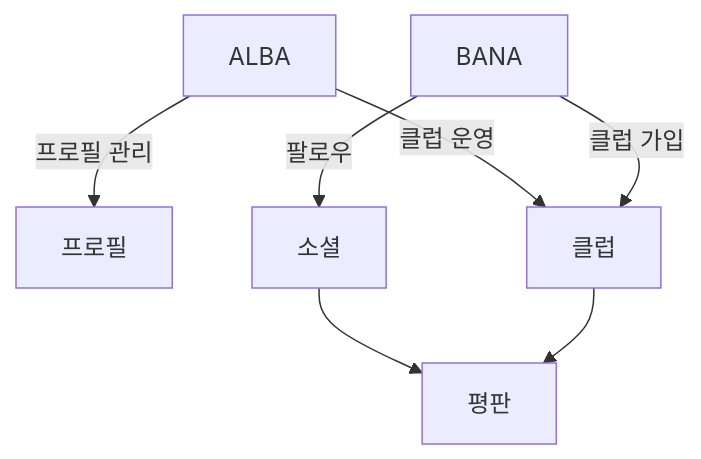
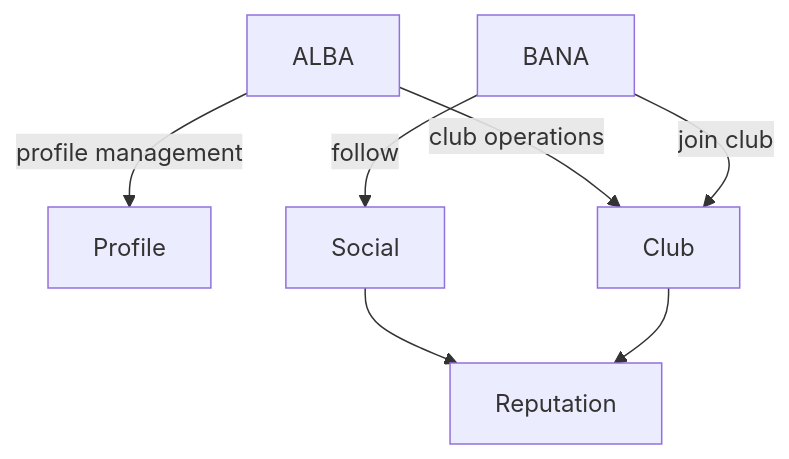
The fourth of 4 diagrams in solera/skills/writing-goal/references/mermaid-service-map.md (noory-code/noory-ai), drawn with Mermaid before and after one commit. The commit also changed other lines of this file and 95 other files, not shown here.

````diff
--- a/solera/skills/writing-goal/references/mermaid-service-map.md
+++ b/solera/skills/writing-goal/references/mermaid-service-map.md
@@ -84,11 +84,11 @@
 ```mermaid
 flowchart TB
-    ALBA[ALBA] -->|프로필 관리| PROFILE[프로필]
-    ALBA -->|클럽 운영| CLUB[클럽]
-    BANA[BANA] -->|팔로우| SOCIAL[소셜]
-    BANA -->|클럽 가입| CLUB
-    SOCIAL --> REPUTATION[평판]
+    ALBA[ALBA] -->|profile management| PROFILE[Profile]
+    ALBA -->|club operations| CLUB[Club]
+    BANA[BANA] -->|follow| SOCIAL[Social]
+    BANA -->|join club| CLUB
+    SOCIAL --> REPUTATION[Reputation]
     CLUB --> REPUTATION
 
     classDef planned fill:#f5f5f5,stroke:#999,color:#666
 ```
````
